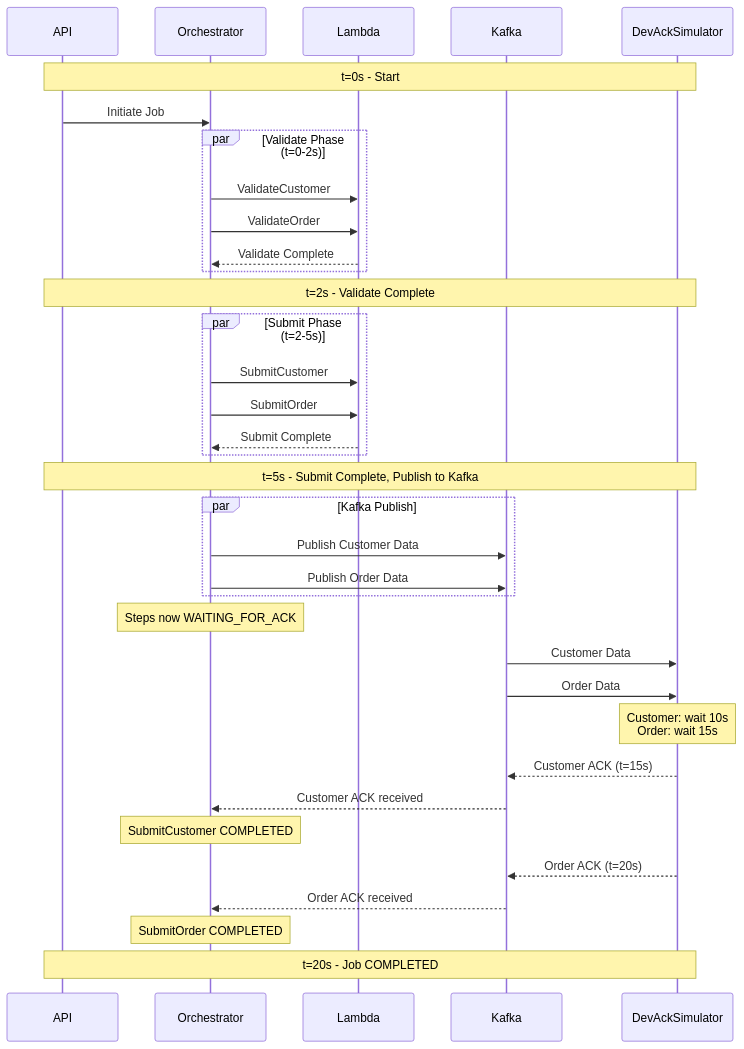
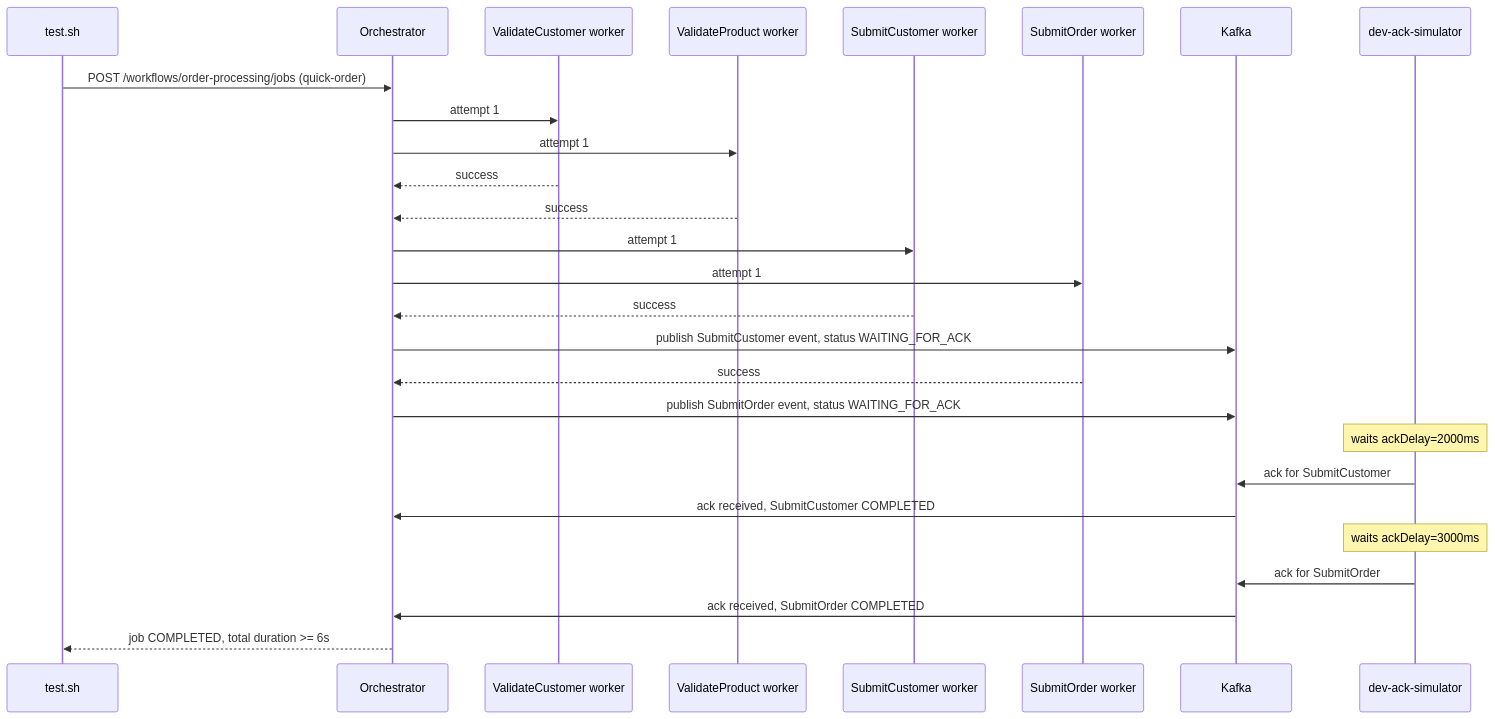
One commit to inctasoft/setpoint-evals-dtm-examples changed the diagram in setpoint-evals/SE-04-ack-delays/README.md. Above: the diagram before and after it, drawn with Mermaid. The commit also changed other lines of this file and 12 other files, not shown here.

````diff
--- a/setpoint-evals/SE-04-ack-delays/README.md
+++ b/setpoint-evals/SE-04-ack-delays/README.md
@@ -24,50 +20,34 @@
 ```mermaid
 sequenceDiagram
-    participant API
-    participant Orchestrator
-    participant Lambda
-    participant Kafka
-    participant DevAckSim as DevAckSimulator
+    participant T as test.sh
+    participant O as Orchestrator
+    participant VC as ValidateCustomer worker
+    participant VP as ValidateProduct worker
+    participant SC as SubmitCustomer worker
+    participant SO as SubmitOrder worker
+    participant K as Kafka
+    participant Ack as dev-ack-simulator
 
-    Note over API,DevAckSim: t=0s - Start
+    T->>O: POST /workflows/order-processing/jobs (quick-order)
+    O->>VC: attempt 1
+    O->>VP: attempt 1
+    VC-->>O: success
+    VP-->>O: success
 
-    API->>Orchestrator: Initiate Job
+    O->>SC: attempt 1
+    O->>SO: attempt 1
+    SC-->>O: success
+    O->>K: publish SubmitCustomer event, status WAITING_FOR_ACK
+    SO-->>O: success
+    O->>K: publish SubmitOrder event, status WAITING_FOR_ACK
 
-    par Validate Phase (t=0-2s)
-        Orchestrator->>Lambda: ValidateCustomer
-        Orchestrator->>Lambda: ValidateOrder
-        Lambda-->>Orchestrator: Validate Complete
-    end
+    Note over Ack: waits ackDelay=2000ms
+    Ack->>K: ack for SubmitCustomer
+    K->>O: ack received, SubmitCustomer COMPLETED
 
-    Note over API,DevAckSim: t=2s - Validate Complete
+    Note over Ack: waits ackDelay=3000ms
+    Ack->>K: ack for SubmitOrder
+    K->>O: ack received, SubmitOrder COMPLETED
 
-    par Submit Phase (t=2-5s)
-        Orchestrator->>Lambda: SubmitCustomer
-        Orchestrator->>Lambda: SubmitOrder
-        Lambda-->>Orchestrator: Submit Complete
-    end
-
-    Note over API,DevAckSim: t=5s - Submit Complete, Publish to Kafka
-
-    par Kafka Publish
-        Orchestrator->>Kafka: Publish Customer Data
-        Orchestrator->>Kafka: Publish Order Data
-    end
-
-    Note over Orchestrator: Steps now WAITING_FOR_ACK
-
-    Kafka->>DevAckSim: Customer Data
-    Kafka->>DevAckSim: Order Data
-
-    Note over DevAckSim: Customer: wait 10s<br/>Order: wait 15s
-
-    DevAckSim-->>Kafka: Customer ACK (t=15s)
-    Kafka-->>Orchestrator: Customer ACK received
-    Note over Orchestrator: SubmitCustomer COMPLETED
-
-    DevAckSim-->>Kafka: Order ACK (t=20s)
-    Kafka-->>Orchestrator: Order ACK received
-    Note over Orchestrator: SubmitOrder COMPLETED
-
-    Note over API,DevAckSim: t=20s - Job COMPLETED
+    O-->>T: job COMPLETED, total duration >= 6s
 ```
````
